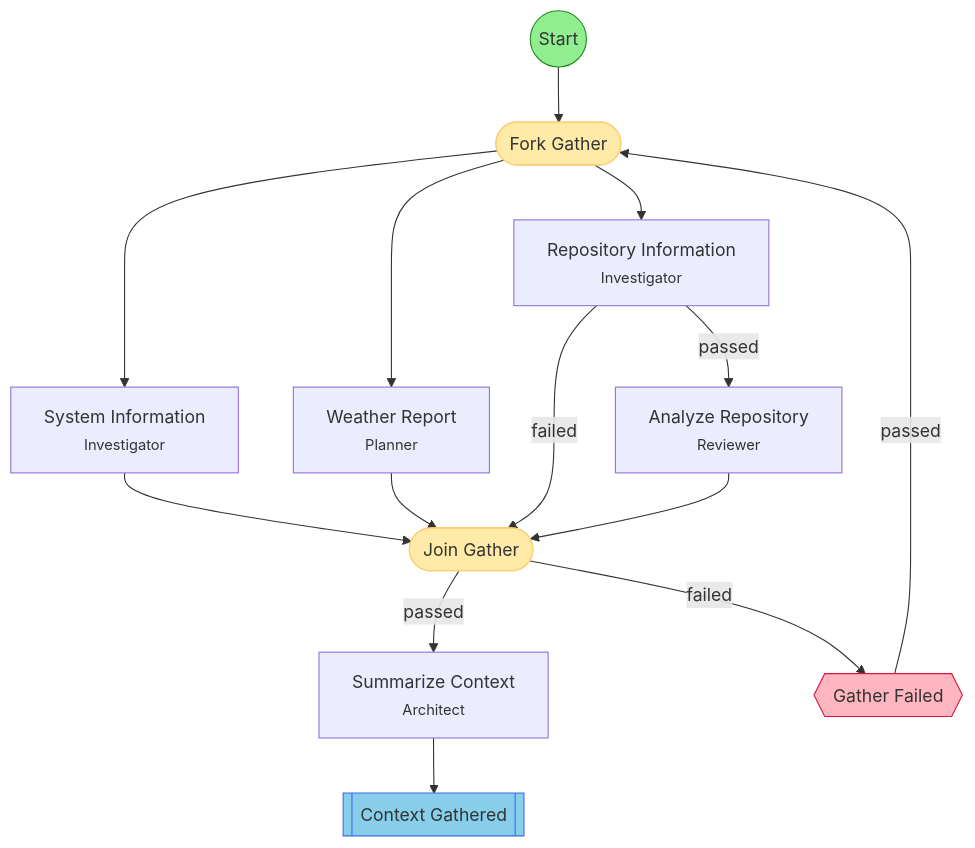
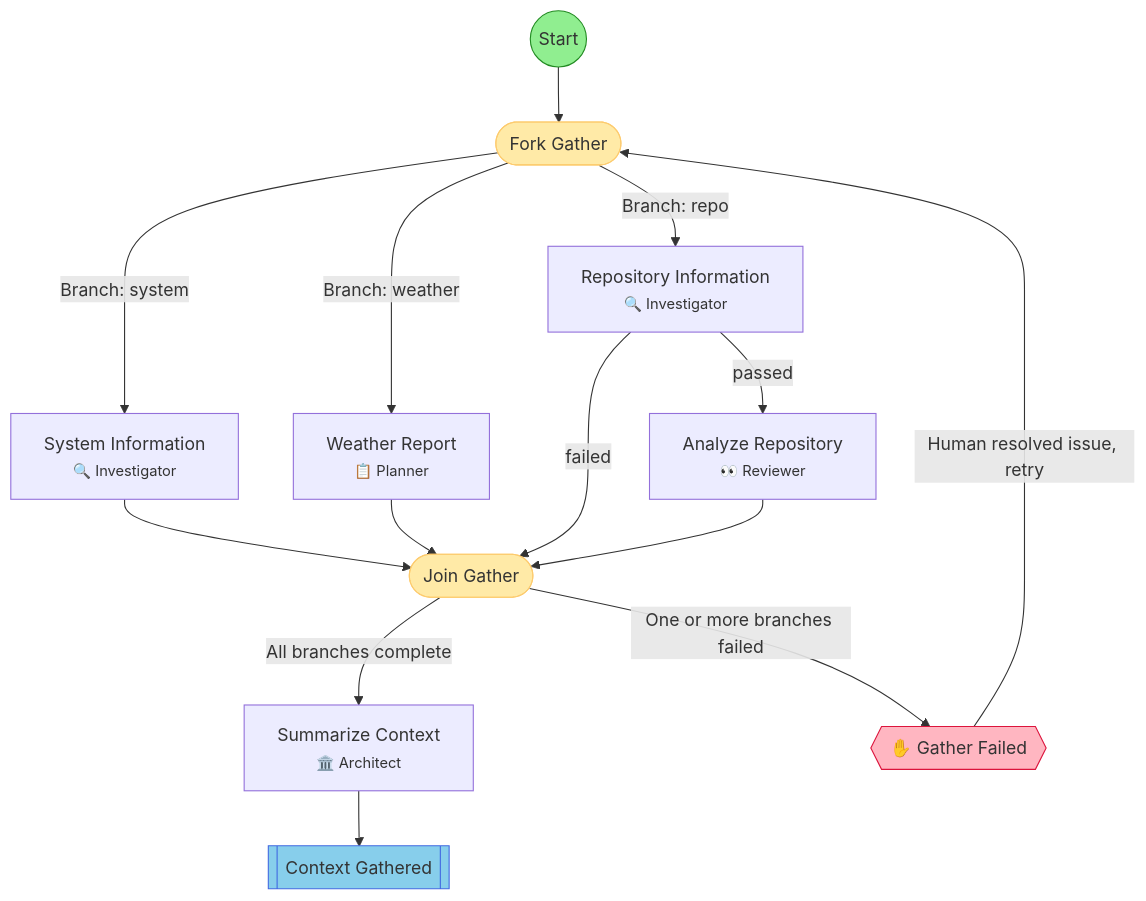
The diagram in .flow/diagrams/context-gather.md (leclabs/agent-toolkit), drawn with Mermaid before and after one commit. The commit also changed other lines of this file and 34 other files, not shown here.

First line of the commit message:
feat: add emoji field to workflow schema and render in diagrams

````diff
--- a/.flow/diagrams/context-gather.md
+++ b/.flow/diagrams/context-gather.md
@@ -7,38 +7,38 @@
 ```mermaid
 flowchart TD
     start(("Start"))
     fork_gather(["Fork Gather"])
-    system_info["System Information<br/><small>Investigator</small>"]
-    weather_info["Weather Report<br/><small>Planner</small>"]
-    repo_info["Repository Information<br/><small>Investigator</small>"]
-    repo_analyze["Analyze Repository<br/><small>Reviewer</small>"]
+    system_info["System Information<br/><small>🔍 Investigator</small>"]
+    weather_info["Weather Report<br/><small>📋 Planner</small>"]
+    repo_info["Repository Information<br/><small>🔍 Investigator</small>"]
+    repo_analyze["Analyze Repository<br/><small>👀 Reviewer</small>"]
     join_gather(["Join Gather"])
-    summarize["Summarize Context<br/><small>Architect</small>"]
+    summarize["Summarize Context<br/><small>🏛️ Architect</small>"]
     end_success[["Context Gathered"]]
-    hitl_failed{{"Gather Failed"}}
+    hitl_failed{{"✋ Gather Failed"}}
 
     start --> fork_gather
-    fork_gather --> system_info
-    fork_gather --> weather_info
-    fork_gather --> repo_info
+    fork_gather -->|Branch: system| system_info
+    fork_gather -->|Branch: weather| weather_info
+    fork_gather -->|Branch: repo| repo_info
     system_info --> join_gather
     weather_info --> join_gather
     repo_info -->|passed| repo_analyze
     repo_info -->|failed| join_gather
     repo_analyze --> join_gather
-    join_gather -->|passed| summarize
-    join_gather -->|failed| hitl_failed
+    join_gather -->|All branches complete| summarize
+    join_gather -->|One or more branches failed| hitl_failed
     summarize --> end_success
-    hitl_failed -->|passed| fork_gather
+    hitl_failed -->|Human resolved issue, retry| fork_gather
 
     classDef startStep fill:#90EE90,stroke:#228B22
     classDef successStep fill:#87CEEB,stroke:#4169E1
     classDef hitlStep fill:#FFB6C1,stroke:#DC143C
     classDef gateStep fill:#E6E6FA,stroke:#9370DB
     classDef forkJoinStep fill:#FFEAA7,stroke:#FDCB6E
     classDef currentStep fill:#FFD700,stroke:#FF8C00,stroke-width:3px
     class start startStep
     class end_success successStep
     class hitl_failed hitlStep
     class fork_gather,join_gather forkJoinStep
 ```
````
